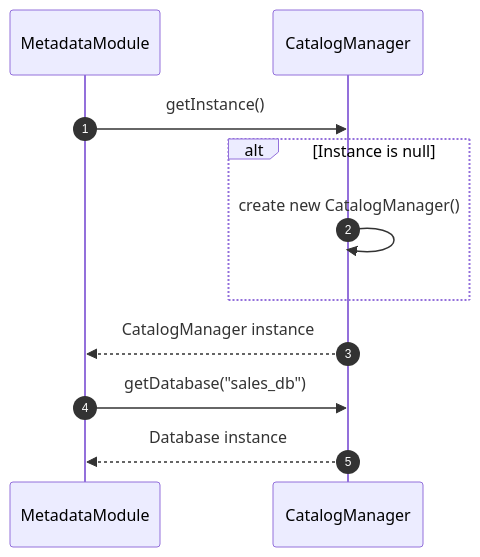
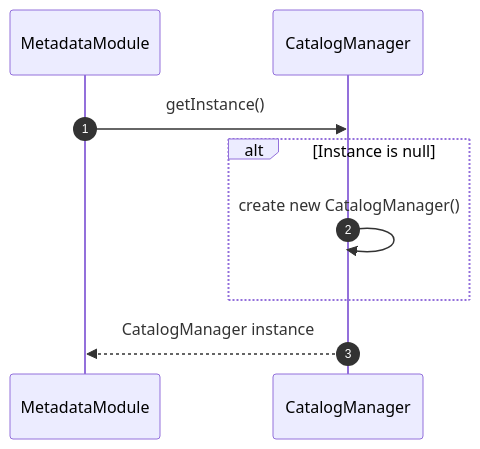
Before and after one commit to Dikhang1112/Database_Management_BBV: the first of 15 diagrams in docs/design_patterns/metadata/Sequece.md, drawn with Mermaid. The commit also changed other lines of this file and 2 other files, not shown here.

Commit message:
Refactor class diagram follow desgin pattern and document

````diff
--- a/docs/design_patterns/metadata/Sequece.md
+++ b/docs/design_patterns/metadata/Sequece.md
@@ -12,14 +14,12 @@
 ```mermaid
 sequenceDiagram
     autonumber
     participant Module as MetadataModule
     participant CM as CatalogManager
     
     Module->>CM: getInstance()
     alt Instance is null
         CM->>CM: create new CatalogManager()
     end
     CM-->>Module: CatalogManager instance
-    Module->>CM: getDatabase("sales_db")
-    CM-->>Module: Database instance
 ```
````
